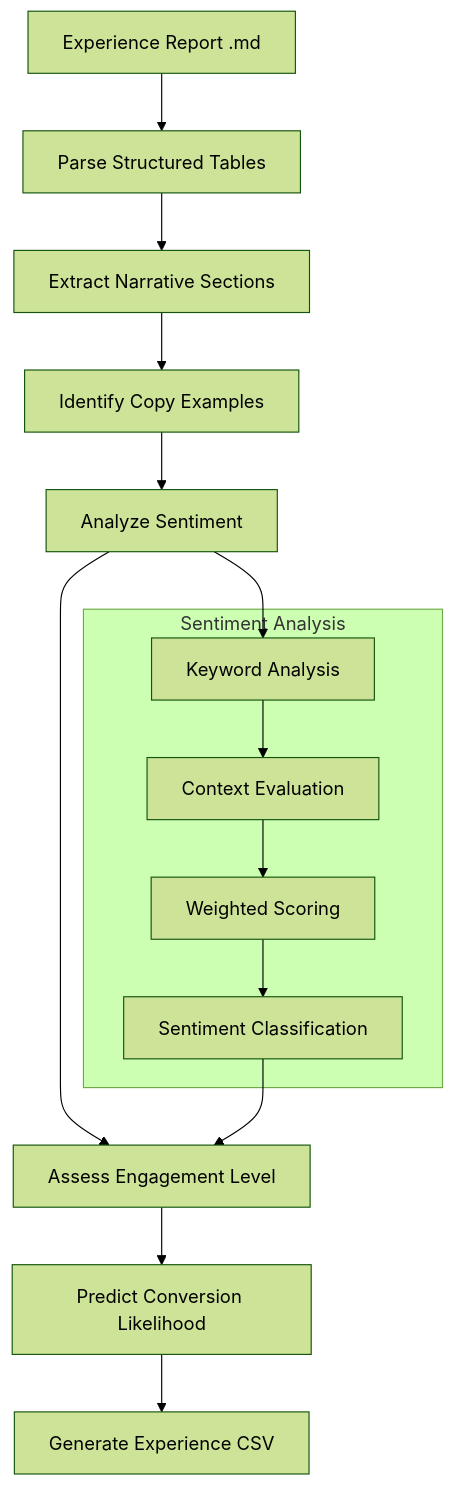
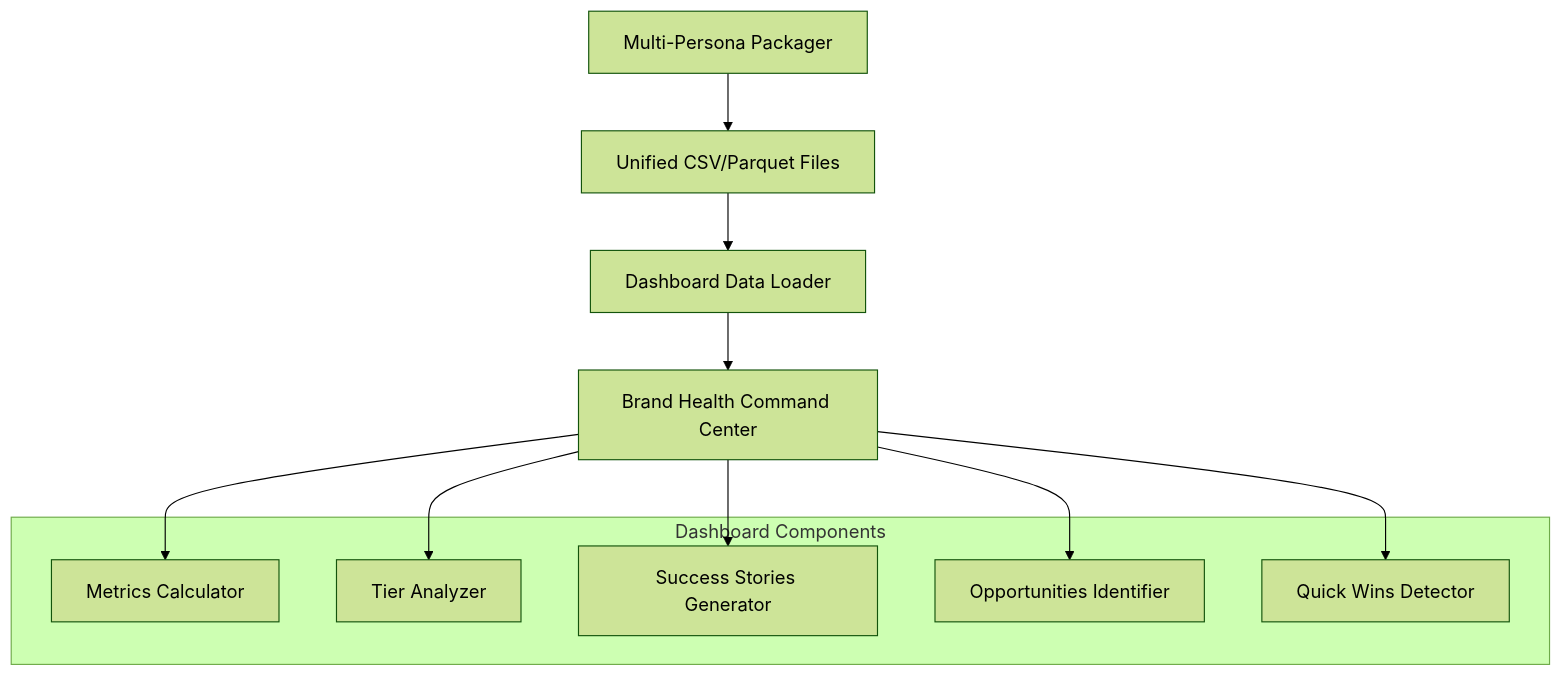
Before and after one commit to jasonlmagnus/sopra_steria: the third of 3 diagrams in product/technical_architecture.md, drawn with Mermaid (forest theme). The commit also changed other lines of this file and 31 other files, not shown here.

````diff
--- a/product/technical_architecture.md
+++ b/product/technical_architecture.md
@@ -416,19 +354,20 @@
 ```mermaid
 graph TD
-    A[Experience Report .md] --> B[Parse Structured Tables]
-    B --> C[Extract Narrative Sections]
-    C --> D[Identify Copy Examples]
-    D --> E[Analyze Sentiment]
-    E --> F[Assess Engagement Level]
-    F --> G[Predict Conversion Likelihood]
-    G --> H[Generate Experience CSV]
+    A[Multi-Persona Packager] --> B[Unified CSV/Parquet Files]
+    B --> C[Dashboard Data Loader]
+    C --> D[Brand Health Command Center]
 
-    subgraph "Sentiment Analysis"
-        I[Keyword Analysis] --> J[Context Evaluation]
-        J --> K[Weighted Scoring]
-        K --> L[Sentiment Classification]
+    subgraph "Dashboard Components"
+        E[Metrics Calculator]
+        F[Tier Analyzer]
+        G[Success Stories Generator]
+        H[Opportunities Identifier]
+        I[Quick Wins Detector]
     end
 
-    E --> I
-    L --> F
+    D --> E
+    D --> F
+    D --> G
+    D --> H
+    D --> I
 ```
````
